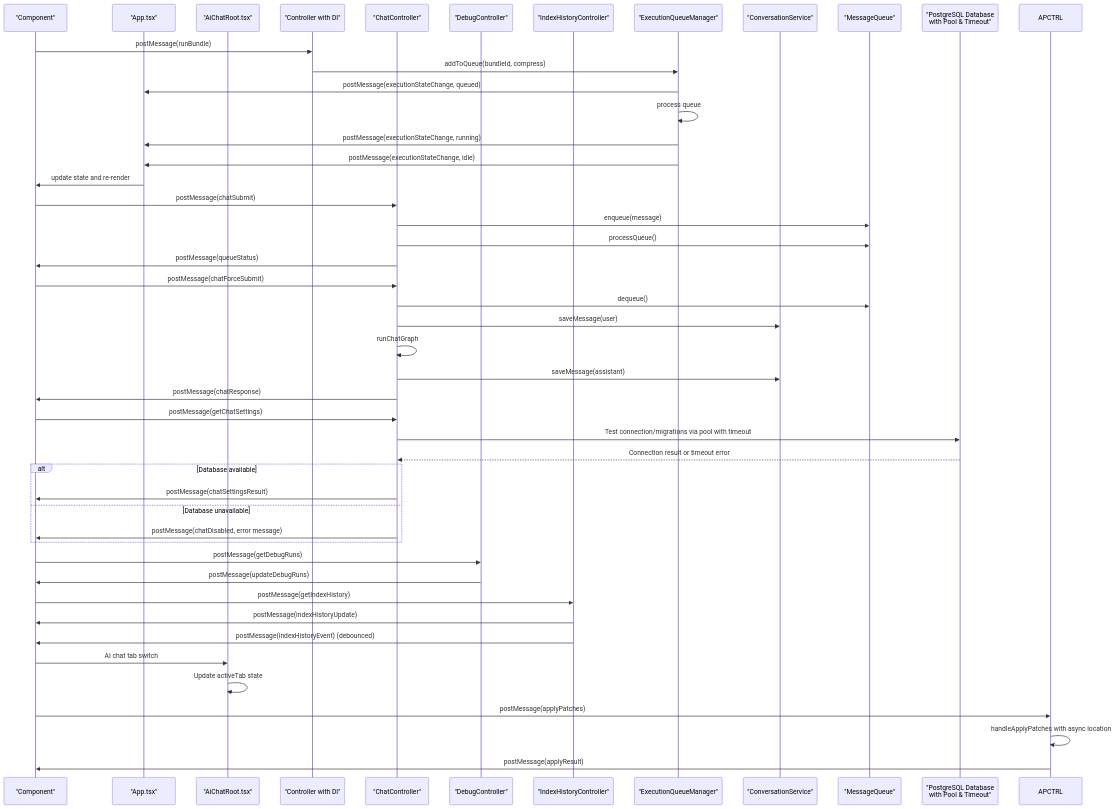
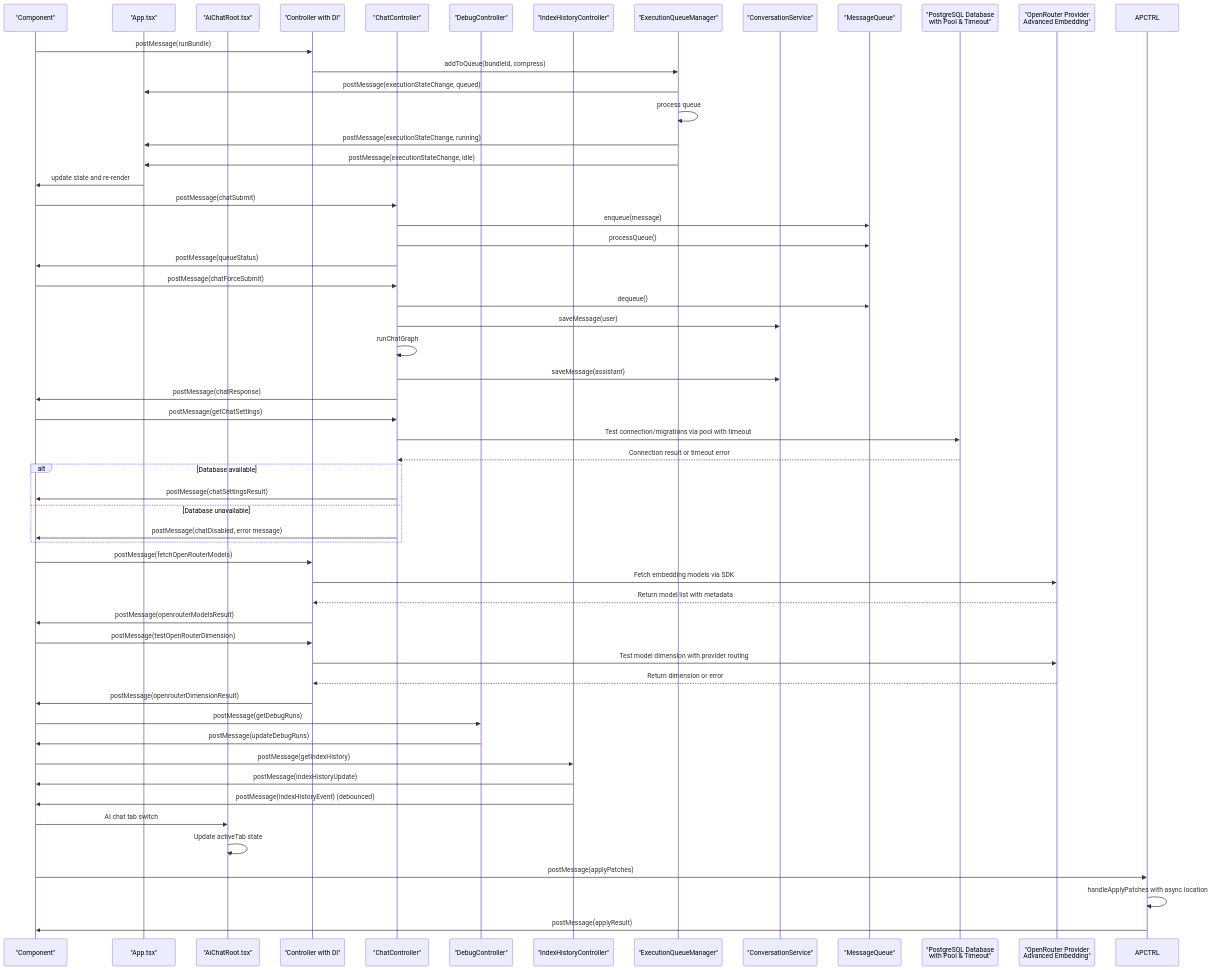
The seventh of 19 diagrams in .qoder/repowiki/en/content/Webview Interface/Webview Interface.md (bramburn/repomix-runner), drawn with Mermaid before and after one commit. The commit also changed other lines of this file and 14 other files, not shown here.

````diff
--- a/.qoder/repowiki/en/content/Webview Interface/Webview Interface.md
+++ b/.qoder/repowiki/en/content/Webview Interface/Webview Interface.md
@@ -634,49 +665,58 @@
 ```mermaid
 sequenceDiagram
 participant UI as "Component"
 participant APP as "App.tsx"
 participant AICHROOT as "AiChatRoot.tsx"
 participant CTRL as "Controller with DI"
 participant CHCTRL as "ChatController"
 participant DCTRL as "DebugController"
 participant IHCTRL as "IndexHistoryController"
 participant EQM as "ExecutionQueueManager"
 participant CONV as "ConversationService"
 participant QUEUE as "MessageQueue"
 participant DB as "PostgreSQL Database<br/>with Pool & Timeout"
+participant OPENROUTER as "OpenRouter Provider<br/>Advanced Embedding"
 UI->>CTRL : postMessage(runBundle)
 CTRL->>EQM : addToQueue(bundleId, compress)
 EQM->>APP : postMessage(executionStateChange, queued)
 EQM->>EQM : process queue
 EQM->>APP : postMessage(executionStateChange, running)
 EQM->>APP : postMessage(executionStateChange, idle)
 APP->>UI : update state and re-render
 UI->>CHCTRL : postMessage(chatSubmit)
 CHCTRL->>QUEUE : enqueue(message)
 CHCTRL->>QUEUE : processQueue()
 CHCTRL->>UI : postMessage(queueStatus)
 UI->>CHCTRL : postMessage(chatForceSubmit)
 CHCTRL->>QUEUE : dequeue()
 CHCTRL->>CONV : saveMessage(user)
 CHCTRL->>CHCTRL : runChatGraph
 CHCTRL->>CONV : saveMessage(assistant)
 CHCTRL->>UI : postMessage(chatResponse)
 UI->>CHCTRL : postMessage(getChatSettings)
 CHCTRL->>DB : Test connection/migrations via pool with timeout
 DB-->>CHCTRL : Connection result or timeout error
 alt Database available
 CHCTRL->>UI : postMessage(chatSettingsResult)
 else Database unavailable
 CHCTRL->>UI : postMessage(chatDisabled, error message)
 end
+UI->>CTRL : postMessage(fetchOpenRouterModels)
+CTRL->>OPENROUTER : Fetch embedding models via SDK
+OPENROUTER-->>CTRL : Return model list with metadata
+CTRL->>UI : postMessage(openrouterModelsResult)
+UI->>CTRL : postMessage(testOpenRouterDimension)
+CTRL->>OPENROUTER : Test model dimension with provider routing
+OPENROUTER-->>CTRL : Return dimension or error
+CTRL->>UI : postMessage(openrouterDimensionResult)
 UI->>DCTRL : postMessage(getDebugRuns)
 DCTRL->>UI : postMessage(updateDebugRuns)
 UI->>IHCTRL : postMessage(getIndexHistory)
 IHCTRL->>UI : postMessage(indexHistoryUpdate)
 IHCTRL->>UI : postMessage(indexHistoryEvent) (debounced)
 UI->>AICHROOT : AI chat tab switch
 AICHROOT->>AICHROOT : Update activeTab state
 UI->>APCTRL : postMessage(applyPatches)
 APCTRL->>APCTRL : handleApplyPatches with async location
 APCTRL->>UI : postMessage(applyResult)
 ```
````
